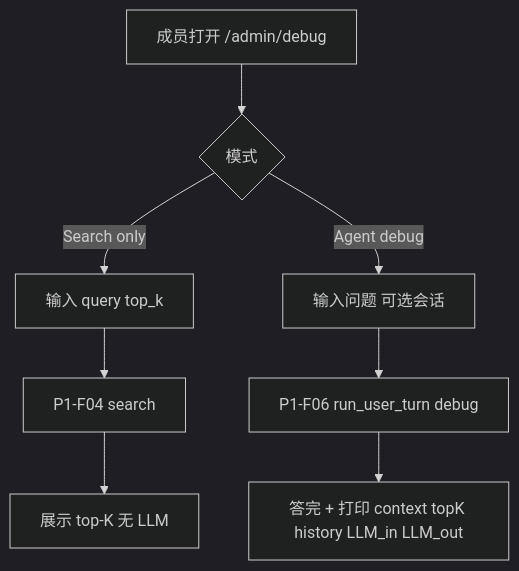
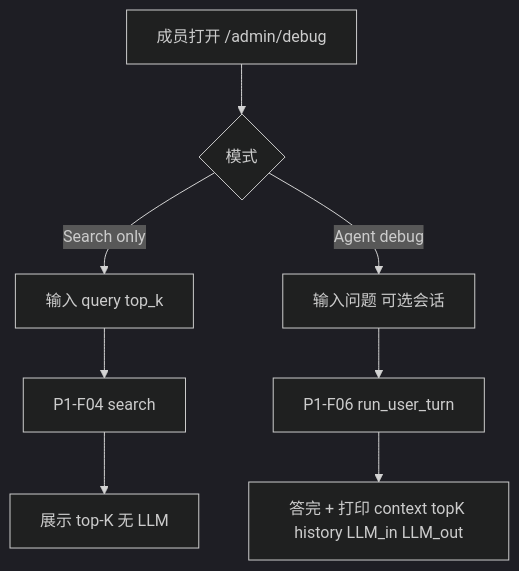
One commit to zmisi/rag-as-service changed the diagram in docs/specs/phase3/features/P3-F04-debug-page.md. Above: the diagram before and after it, drawn with Mermaid (dark theme). The commit also changed other lines of this file and 15 other files, not shown here.

````diff
--- a/docs/specs/phase3/features/P3-F04-debug-page.md
+++ b/docs/specs/phase3/features/P3-F04-debug-page.md
@@ -35,10 +37,10 @@
 ```mermaid
 flowchart TD
   A[成员打开 /admin/debug] --> B{模式}
   B -->|Search only| C[输入 query top_k]
   C --> D[P1-F04 search]
   D --> E[展示 top-K 无 LLM]
   B -->|Agent debug| F[输入问题 可选会话]
-  F --> G[P1-F06 run_user_turn debug]
+  F --> G[P1-F06 run_user_turn]
   G --> H[答完 + 打印 context topK history LLM_in LLM_out]
 ```
````
